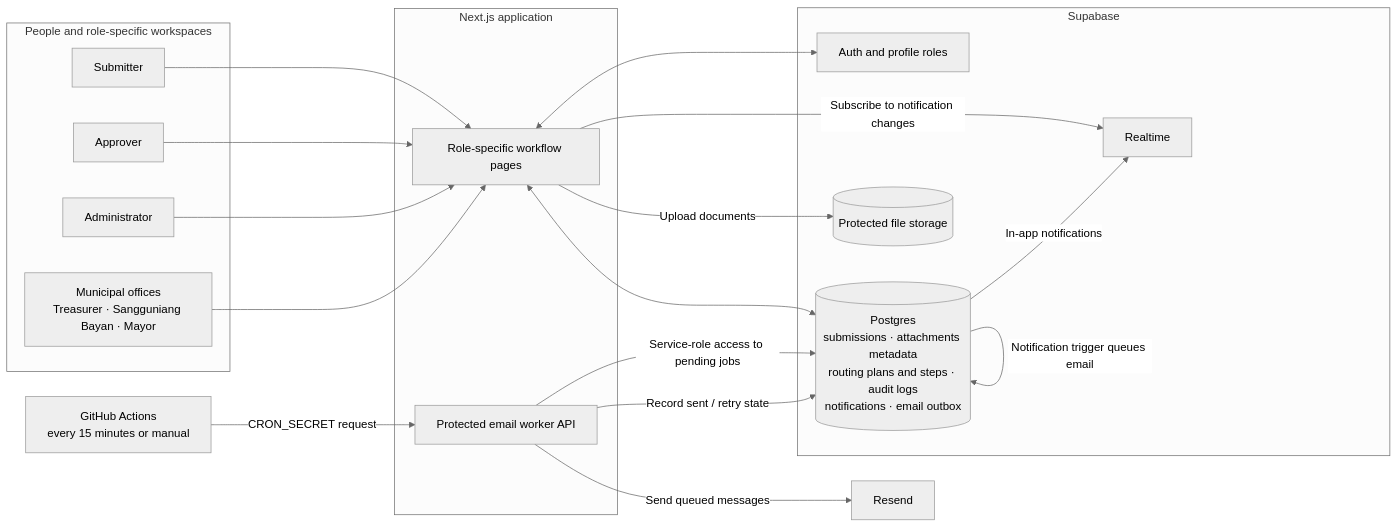
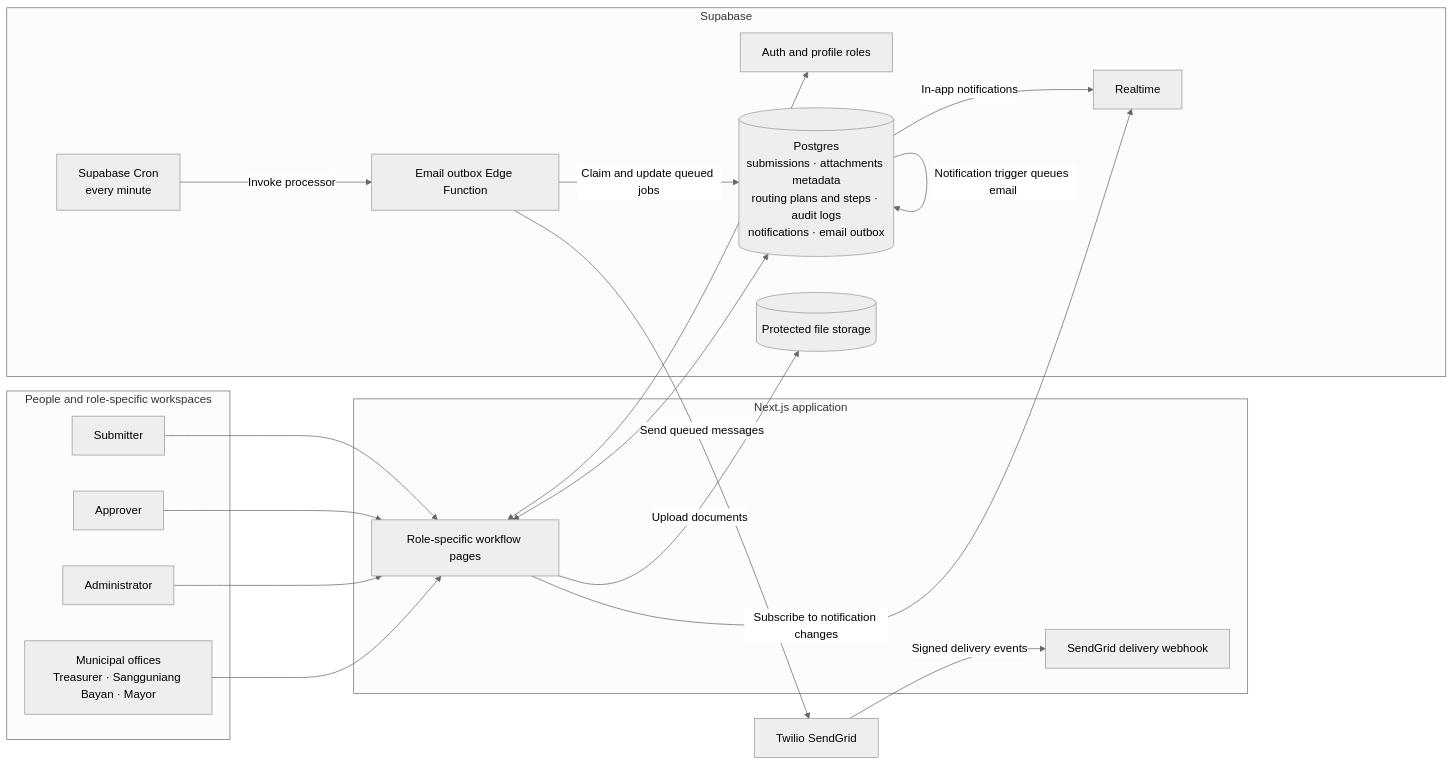
One commit to ivanlacson00-ux/connect-daet.ai-workflow changed the first of 2 diagrams in WORKFLOW-ARCHITECTURE.md. Above: the diagram before and after it, drawn with Mermaid (neutral theme). The commit also changed other lines of this file and 30 other files, not shown here.

````diff
--- a/WORKFLOW-ARCHITECTURE.md
+++ b/WORKFLOW-ARCHITECTURE.md
@@ -8,39 +8,40 @@
 ```mermaid
 flowchart LR
   subgraph People["People and role-specific workspaces"]
     Submitter["Submitter"]
     Approver["Approver"]
     Admin["Administrator"]
     Offices["Municipal offices<br/>Treasurer · Sangguniang Bayan · Mayor"]
   end
 
   subgraph App["Next.js application"]
     UI["Role-specific workflow pages"]
-    EmailAPI["Protected email worker API"]
+    SendGridWebhook["SendGrid delivery webhook"]
   end
 
   subgraph Supabase["Supabase"]
     Auth["Auth and profile roles"]
     DB[("Postgres<br/>submissions · attachments metadata<br/>routing plans and steps · audit logs<br/>notifications · email outbox")]
     Storage[("Protected file storage")]
     Realtime["Realtime"]
+    Cron["Supabase Cron<br/>every minute"]
+    EmailFunction["Email outbox Edge Function"]
   end
 
-  Actions["GitHub Actions<br/>every 15 minutes or manual"]
-  Resend["Resend"]
+  SendGrid["Twilio SendGrid"]
 
   Submitter --> UI
   Approver --> UI
   Admin --> UI
   Offices --> UI
   UI <--> Auth
   UI <--> DB
   UI -->|"Upload documents"| Storage
   UI -->|"Subscribe to notification changes"| Realtime
   DB -->|"In-app notifications"| Realtime
   DB -->|"Notification trigger queues email"| DB
-  Actions -->|"CRON_SECRET request"| EmailAPI
-  EmailAPI -->|"Service-role access to pending jobs"| DB
-  EmailAPI -->|"Send queued messages"| Resend
-  EmailAPI -->|"Record sent / retry state"| DB
+  Cron -->|"Invoke processor"| EmailFunction
+  EmailFunction -->|"Claim and update queued jobs"| DB
+  EmailFunction -->|"Send queued messages"| SendGrid
+  SendGrid -->|"Signed delivery events"| SendGridWebhook
 ```
````
